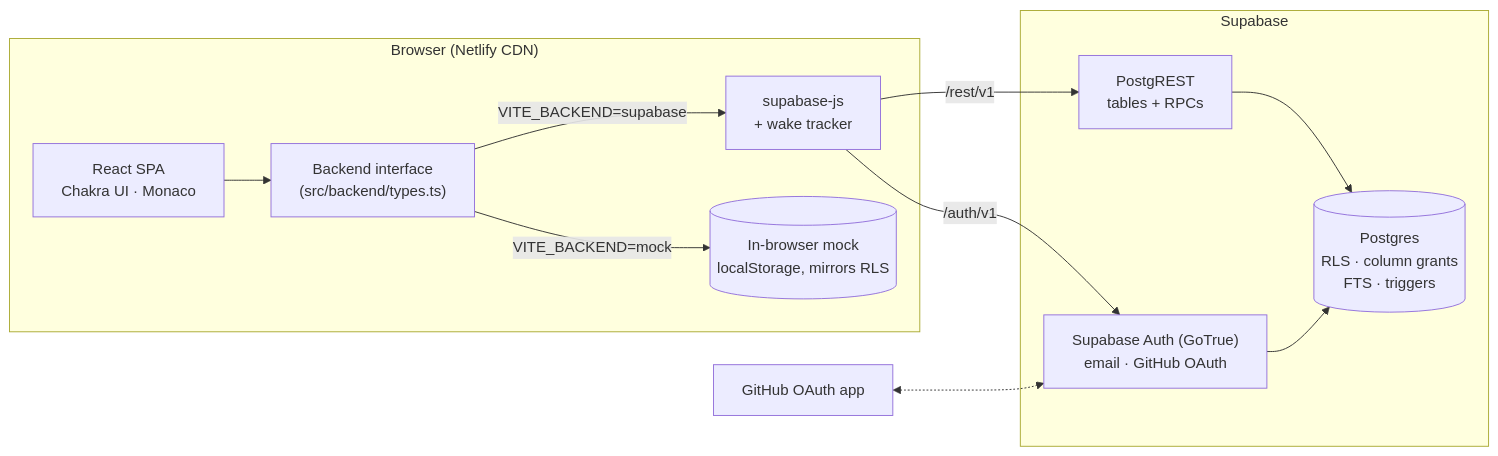
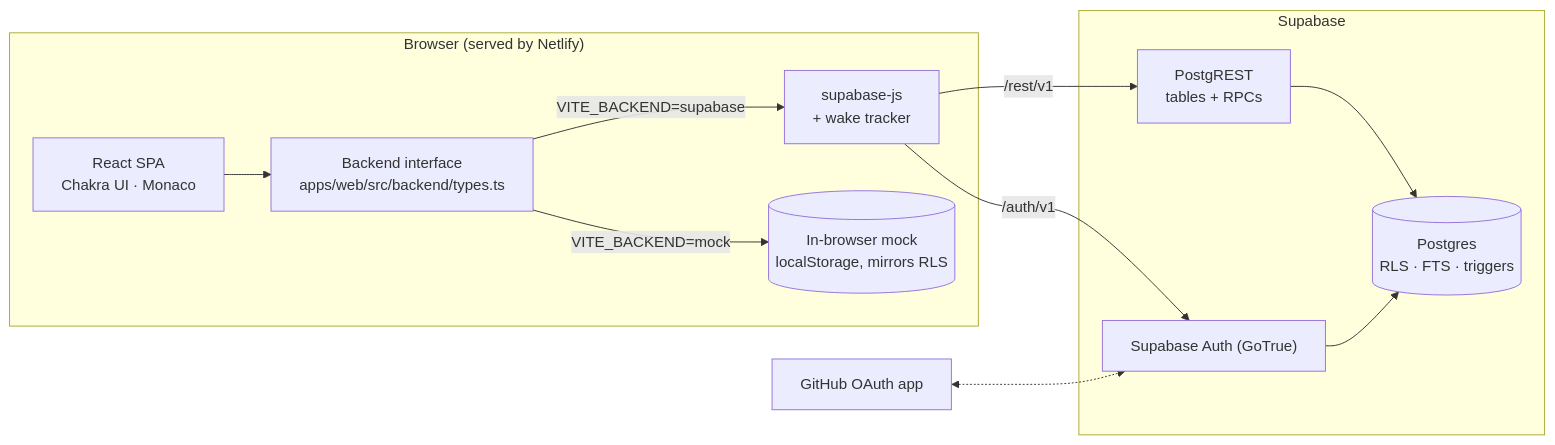
The diagram in README.md (Isaacpyo/CodeSnip), drawn with Mermaid before and after one commit. The commit also changed other lines of this file and 4 other files, not shown here.

````diff
--- a/README.md
+++ b/README.md
@@ -28,15 +45,15 @@
 ```mermaid
 flowchart LR
-  subgraph Browser["Browser (Netlify CDN)"]
-    UI["React SPA<br/>Chakra UI · Monaco"] --> API["Backend interface<br/>(src/backend/types.ts)"]
+  subgraph Browser["Browser (served by Netlify)"]
+    UI["React SPA<br/>Chakra UI · Monaco"] --> API["Backend interface<br/>apps/web/src/backend/types.ts"]
     API -- "VITE_BACKEND=mock" --> Mock[("In-browser mock<br/>localStorage, mirrors RLS")]
     API -- "VITE_BACKEND=supabase" --> SDK["supabase-js<br/>+ wake tracker"]
   end
-  SDK -- "/auth/v1" --> Auth["Supabase Auth (GoTrue)<br/>email · GitHub OAuth"]
+  SDK -- "/auth/v1" --> Auth["Supabase Auth (GoTrue)"]
   SDK -- "/rest/v1" --> REST["PostgREST<br/>tables + RPCs"]
   subgraph Supabase
-    Auth --> PG[("Postgres<br/>RLS · column grants<br/>FTS · triggers")]
+    Auth --> PG[("Postgres<br/>RLS · FTS · triggers")]
     REST --> PG
   end
   GH["GitHub OAuth app"] <-.-> Auth
 ```
````
